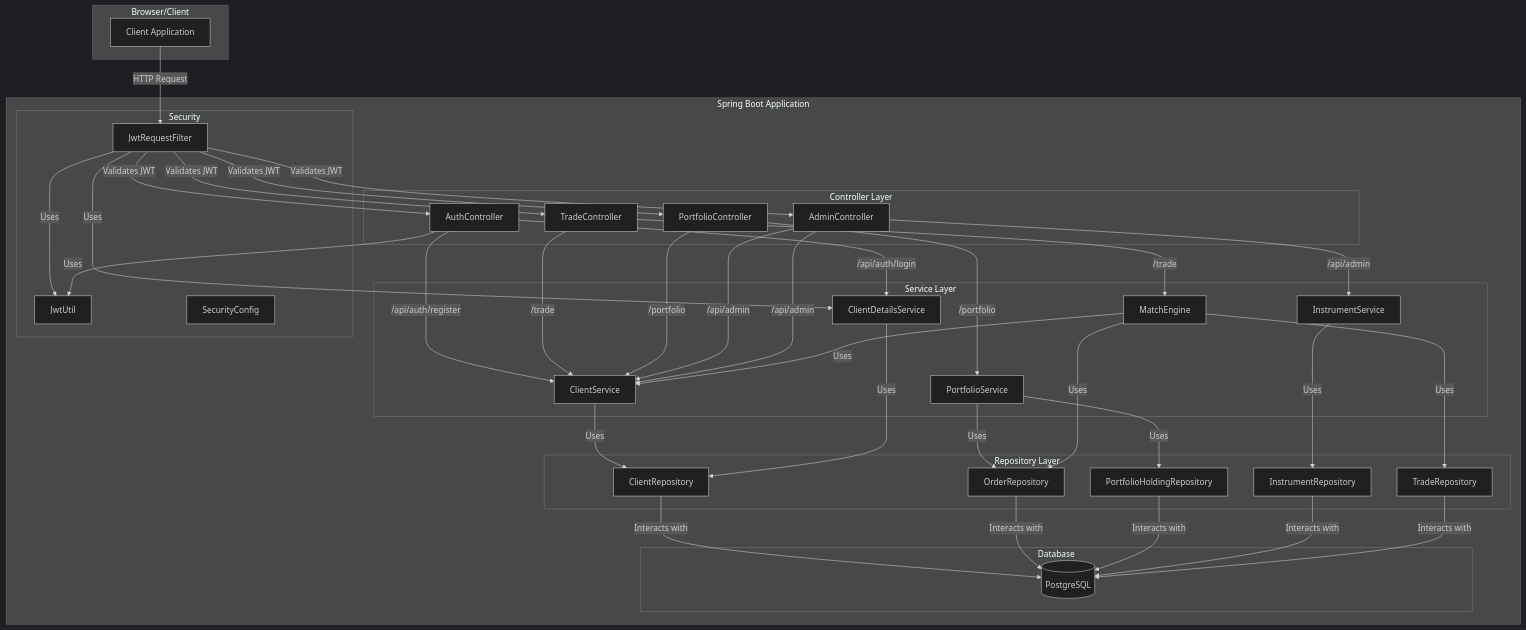
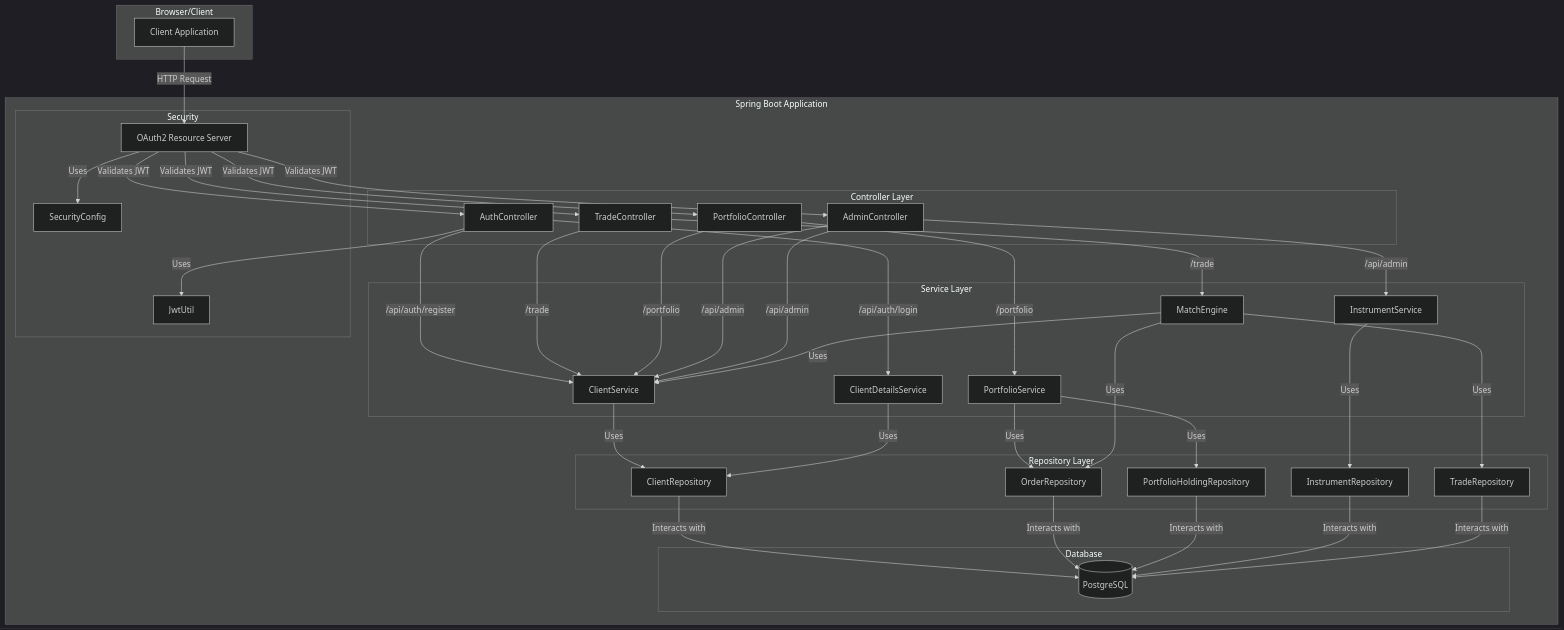
Before and after one commit to Sahooarpit/stock-exchange-match-engine: the diagram in README.md, drawn with Mermaid (dark theme). The commit also changed other lines of this file and 8 other files, not shown here.

Commit message:
changed jwt token verification from manual to using an Oauth2.0 server

````diff
--- a/README.md
+++ b/README.md
@@ -26,79 +26,78 @@
 ```mermaid
 graph TD
     subgraph "Browser/Client"
         A[Client Application]
     end
 
     subgraph "Spring Boot Application"
         subgraph "Controller Layer"
             C1[AuthController]
             C2[TradeController]
             C3[PortfolioController]
             C4[AdminController]
         end
 
         subgraph "Service Layer"
             S1[ClientService]
             S2[PortfolioService]
             S3[InstrumentService]
             S4[MatchEngine]
             S5[ClientDetailsService]
         end
 
         subgraph "Repository Layer"
             R1[ClientRepository]
             R2[OrderRepository]
             R3[PortfolioHoldingRepository]
             R4[InstrumentRepository]
             R5[TradeRepository]
         end
 
         subgraph "Security"
-            SEC1[JwtRequestFilter]
+            SEC1[OAuth2 Resource Server]
             SEC2[JwtUtil]
             SEC3[SecurityConfig]
         end
 
         subgraph "Database"
             DB[(PostgreSQL)]
         end
     end
 
     A -- HTTP Request --> SEC1
     SEC1 -- Validates JWT --> C1
     SEC1 -- Validates JWT --> C2
     SEC1 -- Validates JWT --> C3
     SEC1 -- Validates JWT --> C4
 
     C1 -- /api/auth/register --> S1
     C1 -- /api/auth/login --> S5
 
     C2 -- /trade --> S4
     C2 -- /trade --> S1
 
     C3 -- /portfolio --> S1
     C3 -- /portfolio --> S2
 
     C4 -- /api/admin --> S1
     C4 -- /api/admin --> S3
     C4 -- /api/admin --> S1
 
     S1 -- Uses --> R1
     S2 -- Uses --> R2
     S2 -- Uses --> R3
     S3 -- Uses --> R4
     S4 -- Uses --> R2
     S4 -- Uses --> R5
     S4 -- Uses --> S1
     S5 -- Uses --> R1
 
     R1 -- Interacts with --> DB
     R2 -- Interacts with --> DB
     R3 -- Interacts with --> DB
     R4 -- Interacts with --> DB
     R5 -- Interacts with --> DB
 
-    SEC1 -- Uses --> SEC2
-    SEC1 -- Uses --> S5
+    SEC1 -- Uses --> SEC3
     C1 -- Uses --> SEC2
 ```
````
